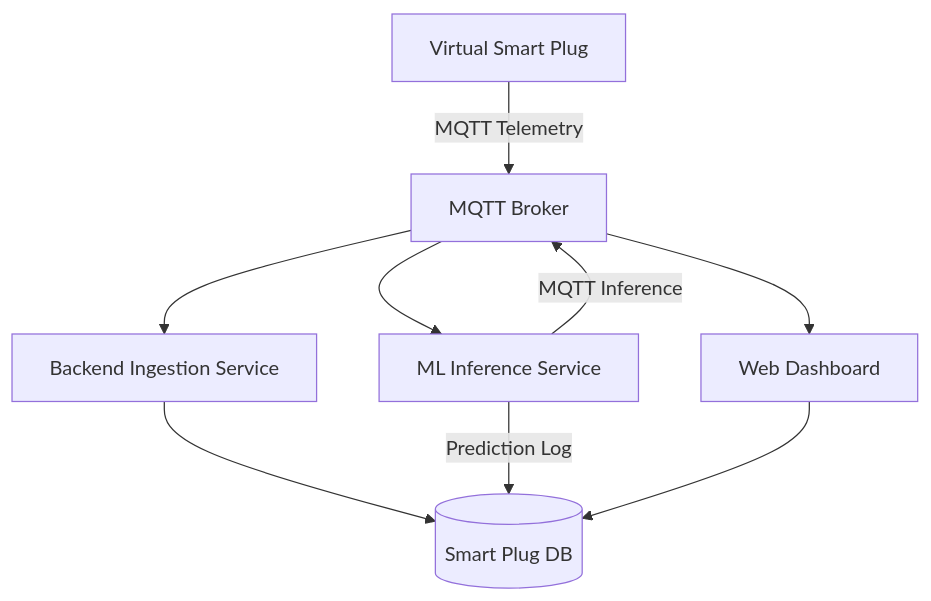
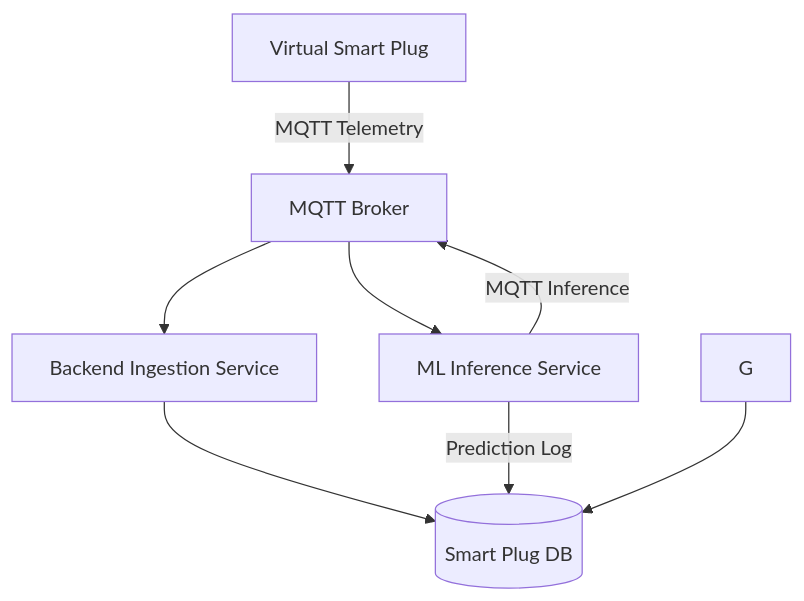
Before and after one commit to AbhiZx18324/iot-smart-plug: the diagram in README.md, drawn with Mermaid.

Commit message:
Revise README with project overview and details
Updated the README to include project details, features, architecture, team responsibilities, tech stack, motivation, and notes.

````diff
--- a/README.md
+++ b/README.md
@@ -23,15 +23,14 @@
 ```mermaid
 graph TD
     A[Virtual Smart Plug] -->|MQTT Telemetry| B[MQTT Broker]
 
     B --> C[Backend Ingestion Service]
     B --> D[ML Inference Service]
 
     C --> E[(Smart Plug DB)]
 
     D -->|MQTT Inference| B
     D -->|Prediction Log| E
 
-    B --> G[Web Dashboard]
     G --> E
 ```
````
